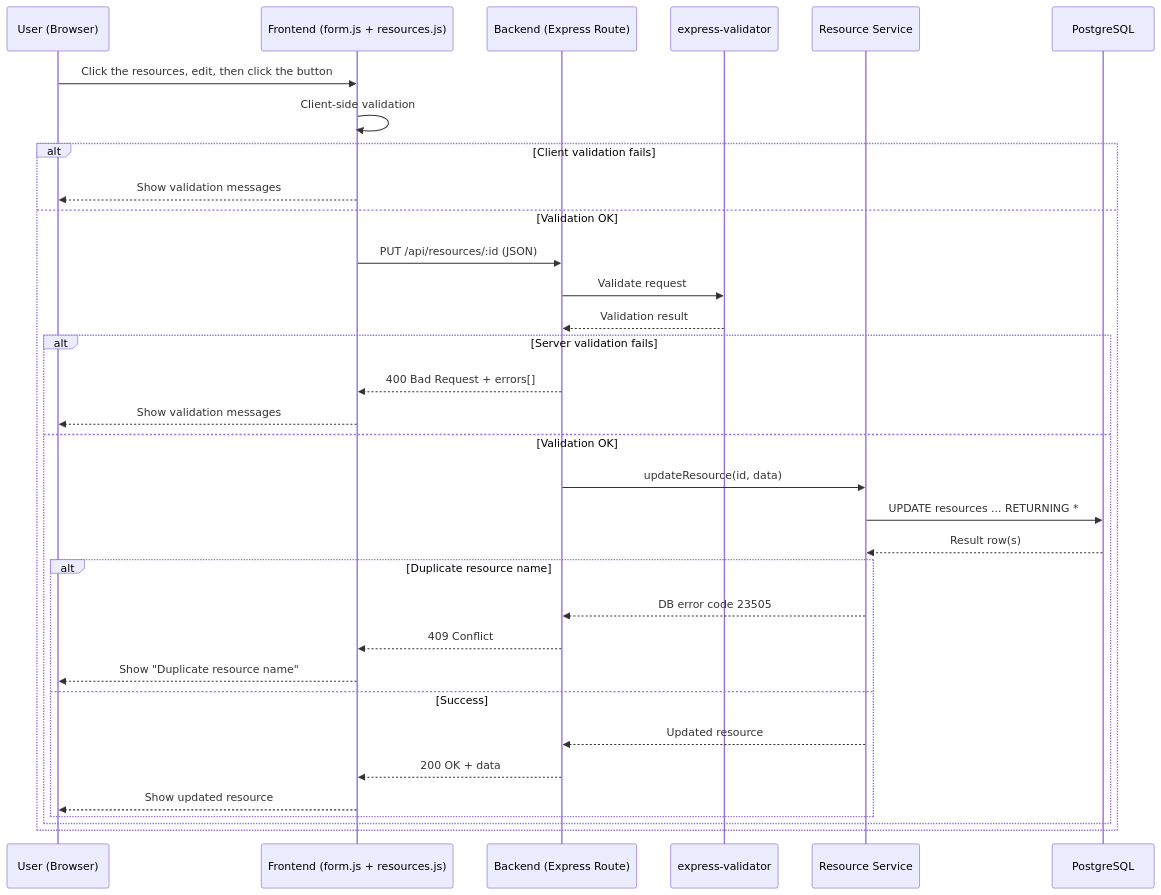
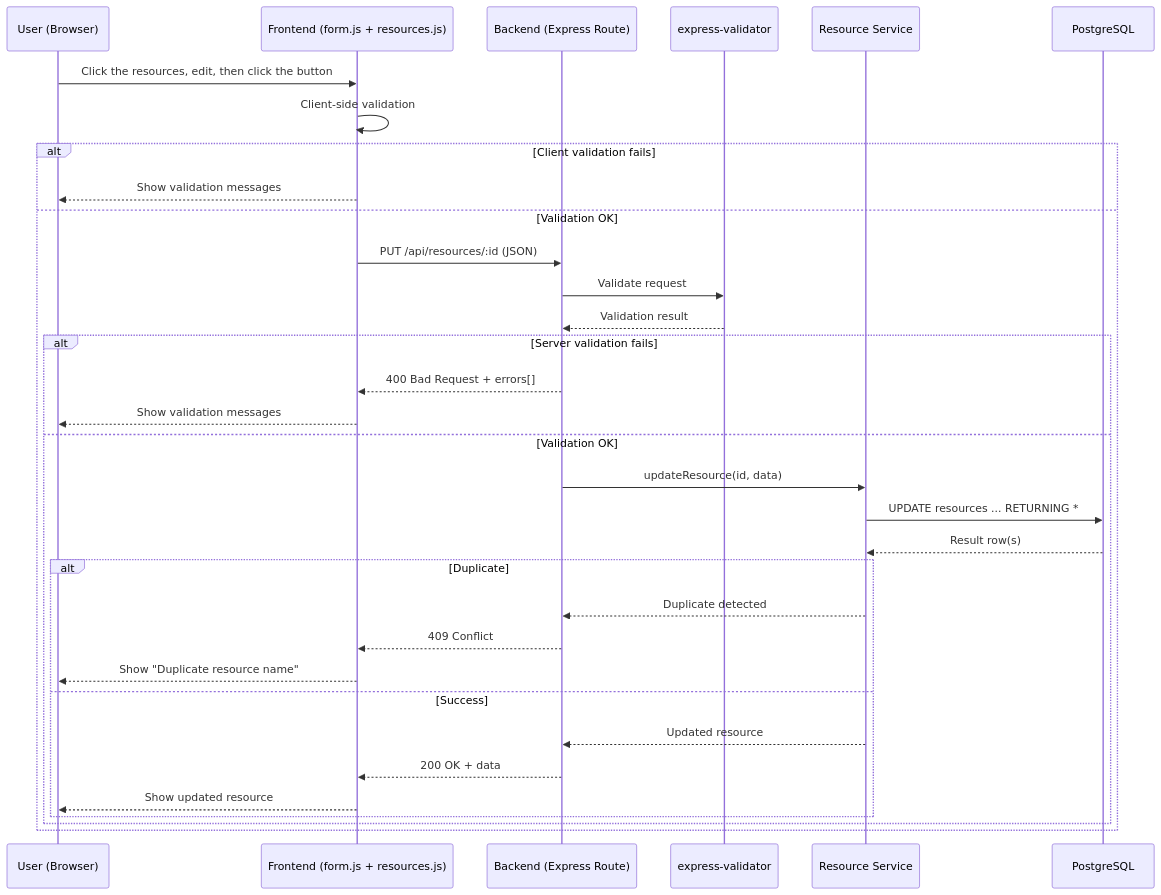
Before and after one commit to Mehdi-Mor/AdvancedWebDev: the third of 4 diagrams in BookingSystemPhase6/G1_CRUD_DataFlow.md, drawn with Mermaid. The commit also changed other lines of this file, not shown here.

````diff
--- a/BookingSystemPhase6/G1_CRUD_DataFlow.md
+++ b/BookingSystemPhase6/G1_CRUD_DataFlow.md
@@ -80,39 +80,39 @@
 ```mermaid
 sequenceDiagram
     participant U as User (Browser)
     participant F as Frontend (form.js + resources.js)
     participant B as Backend (Express Route)
     participant V as express-validator
     participant S as Resource Service
     participant DB as PostgreSQL
 
     U->>F: Click the resources, edit, then click the button
     F->>F: Client-side validation
     alt Client validation fails
         F-->>U: Show validation messages
     else Validation OK
         F->>B: PUT /api/resources/:id (JSON)
 
         B->>V: Validate request
         V-->>B: Validation result
 
         alt Server validation fails
             B-->>F: 400 Bad Request + errors[]
             F-->>U: Show validation messages
         else Validation OK
             B->>S: updateResource(id, data)
             S->>DB: UPDATE resources ... RETURNING *
             DB-->>S: Result row(s)
 
-            alt Duplicate resource name
-                S-->>B: DB error code 23505
+            alt Duplicate
+                S-->>B: Duplicate detected
                 B-->>F: 409 Conflict
                 F-->>U: Show "Duplicate resource name"
             else Success
                 S-->>B: Updated resource
                 B-->>F: 200 OK + data
                 F-->>U: Show updated resource
             end
         end
     end
 ```
````
